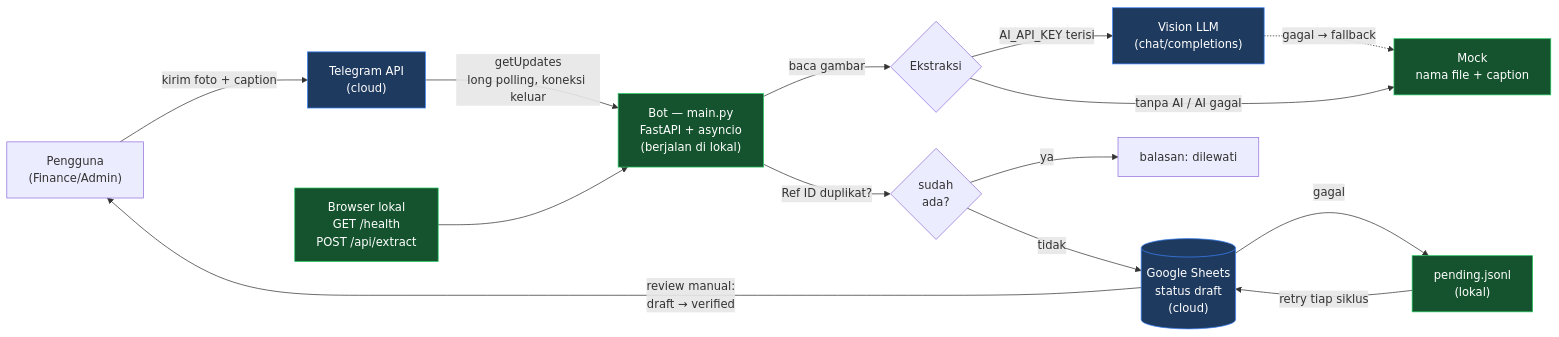
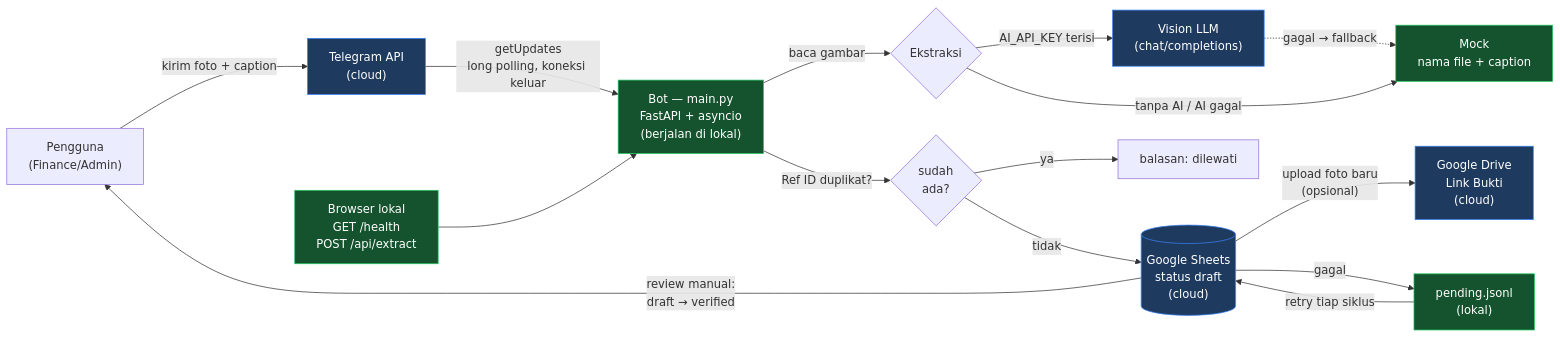
Before and after one commit to Project-Rework-G3-AI/ai-finance-assistant: the diagram in README.md, drawn with Mermaid. The commit also changed other lines of this file and 4 other files, not shown here.

First line of the commit message:
feat: arsip bukti transfer ke Google Drive + kolom Link Bukti

````diff
--- a/README.md
+++ b/README.md
@@ -9,24 +9,25 @@
 ```mermaid
 flowchart LR
     U["Pengguna<br/>(Finance/Admin)"] -->|"kirim foto + caption"| TG["Telegram API<br/>(cloud)"]
     TG -->|"getUpdates<br/>long polling, koneksi keluar"| BOT["Bot — main.py<br/>FastAPI + asyncio<br/>(berjalan di lokal)"]
 
     BOT -->|"baca gambar"| EXT{"Ekstraksi"}
     EXT -->|"AI_API_KEY terisi"| VIS["Vision LLM<br/>(chat/completions)"]
     EXT -->|"tanpa AI / AI gagal"| MOCK["Mock<br/>nama file + caption"]
     VIS -.->|"gagal → fallback"| MOCK
 
     BOT -->|"Ref ID duplikat?"| DUP{"sudah<br/>ada?"}
     DUP -->|"ya"| SKIP["balasan: dilewati"]
     DUP -->|"tidak"| SHEET[("Google Sheets<br/>status draft<br/>(cloud)")]
+    SHEET -->|"upload foto baru<br/>(opsional)"| DRIVE["Google Drive<br/>Link Bukti<br/>(cloud)"]
     SHEET -->|"gagal"| PEND["pending.jsonl<br/>(lokal)"]
     PEND -->|"retry tiap siklus"| SHEET
 
     SHEET -->|"review manual:<br/>draft → verified"| U
     W["Browser lokal<br/>GET /health<br/>POST /api/extract"] --> BOT
 
     classDef cloud fill:#1e3a5f,stroke:#3b82f6,color:#fff
     classDef local fill:#14532d,stroke:#22c55e,color:#fff
-    class TG,SHEET,VIS cloud
+    class TG,SHEET,VIS,DRIVE cloud
     class BOT,MOCK,PEND,W local
 ```
````
